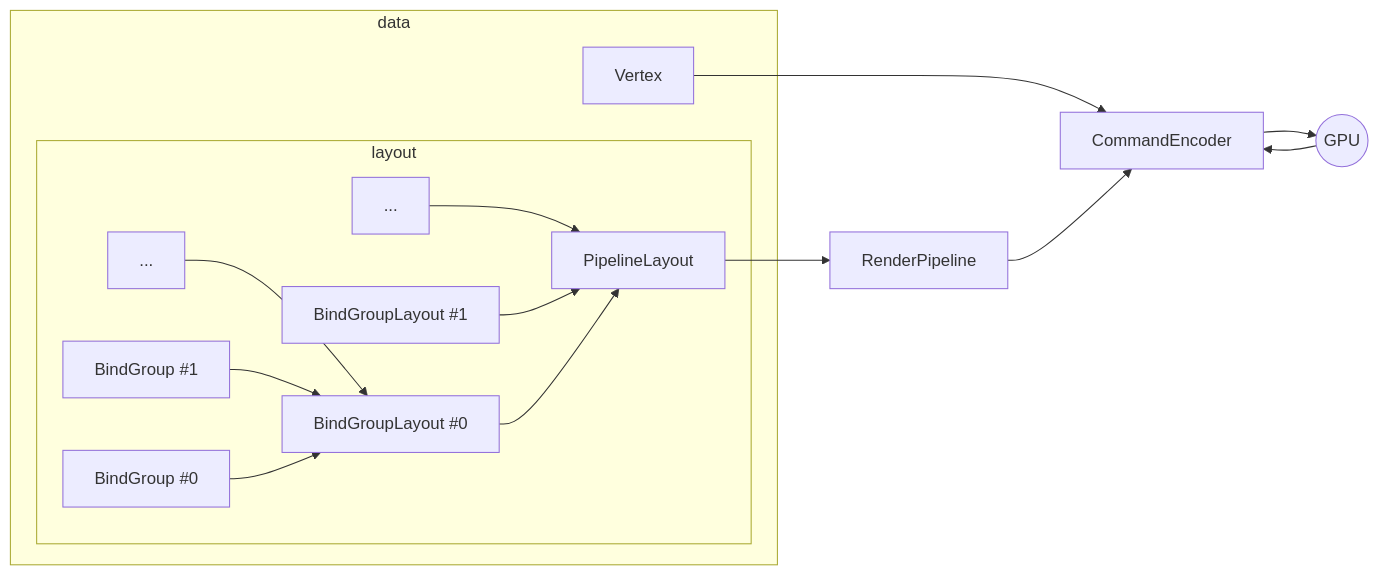
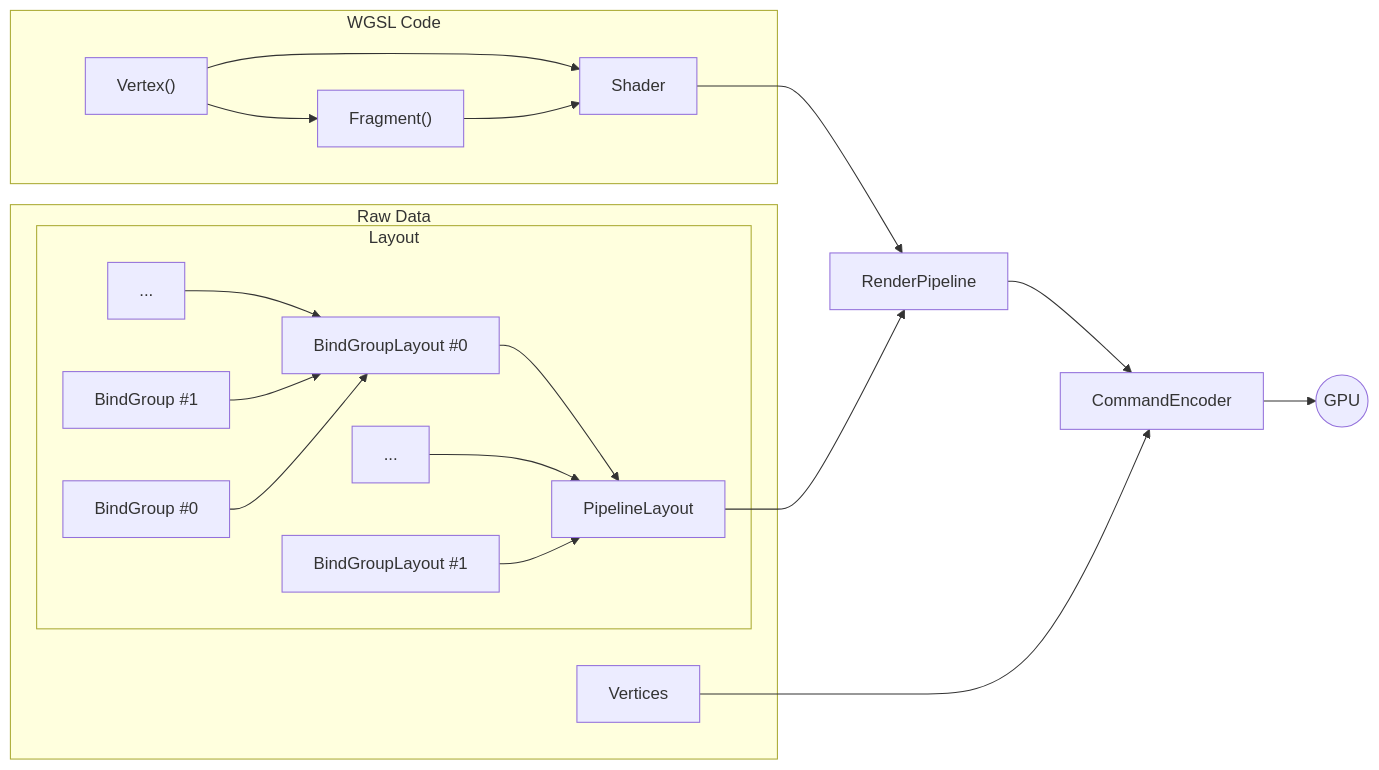
One commit to cutout-studios/js13k-2026 changed the diagram in docs/APPENDIX.md. Above: the diagram before and after it, drawn with Mermaid. The commit also changed other lines of this file, not shown here.

````diff
--- a/docs/APPENDIX.md
+++ b/docs/APPENDIX.md
@@ -120,19 +119,24 @@
 ```mermaid
 flowchart LR
-  subgraph data
-    subgraph layout
+  subgraph WGSL Code
+    Vertex["Vertex()"] --> Fragment
+    Vertex --> Shader
+    Fragment["Fragment()"] --> Shader
+  end
+  subgraph Raw Data
+    subgraph Layout
       BG3[...] --> BGL1
       BG2[BindGroup #1] --> BGL1
       BG1[BindGroup #0] --> BGL1
       BGL3[...] --> PipelineLayout
       BGL2[BindGroupLayout #1] --> PipelineLayout
       BGL1[BindGroupLayout #0] --> PipelineLayout
     end
-    Vertex
+    Vertices
   end
-  Vertex --> CommandEncoder
+  Shader --> RenderPipeline
+  Vertices --> CommandEncoder
   PipelineLayout --> RenderPipeline
   RenderPipeline --> CommandEncoder
   CommandEncoder --> GPU((GPU))
-  GPU --> CommandEncoder
 ```
````
